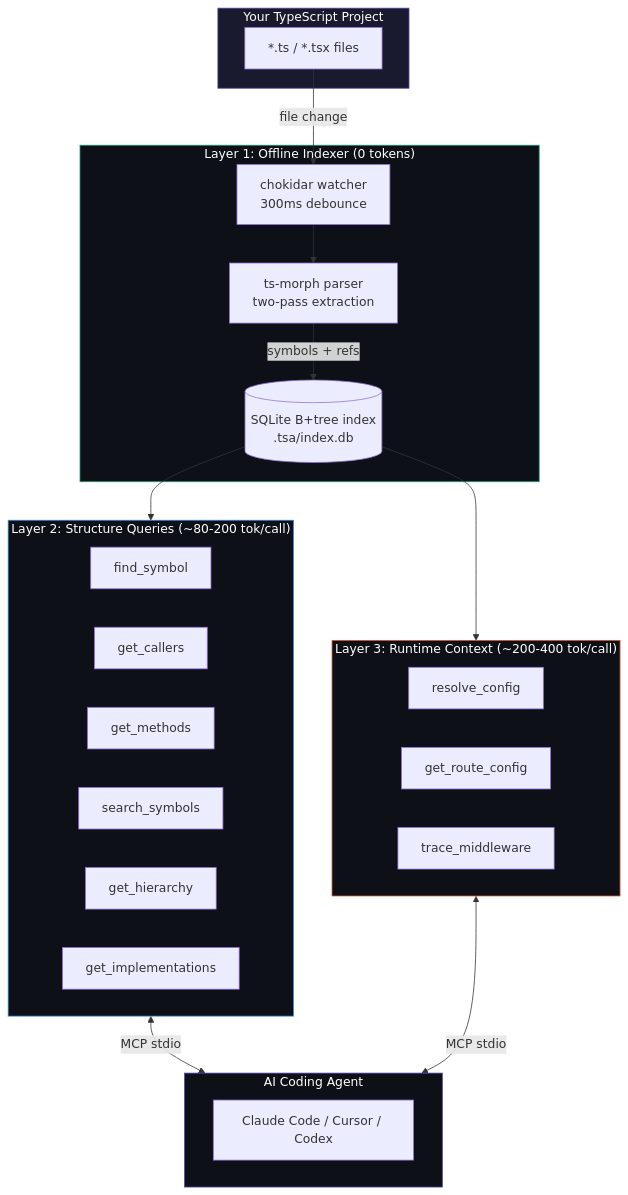
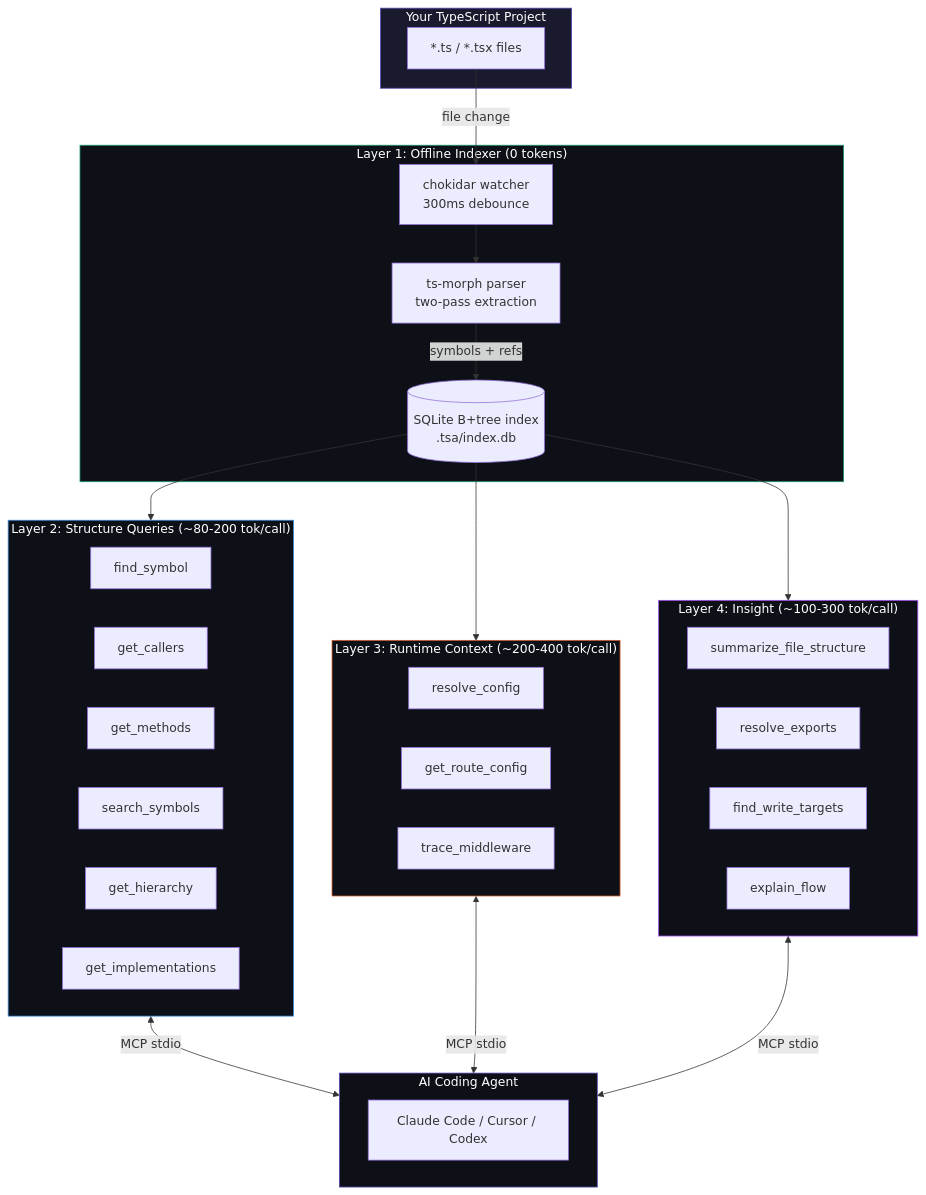
Before and after one commit to DinoQuinten/specter-tree: the first of 4 diagrams in README.md, drawn with Mermaid. The commit also changed other lines of this file and 10 other files, not shown here.

````diff
--- a/README.md
+++ b/README.md
@@ -108,45 +108,55 @@
 ```mermaid
 flowchart TB
     subgraph Project["Your TypeScript Project"]
         FS["*.ts / *.tsx files"]
     end
 
     subgraph Indexer["Layer 1: Offline Indexer (0 tokens)"]
         CK["chokidar watcher\n300ms debounce"]
         PM["ts-morph parser\ntwo-pass extraction"]
         DB[("SQLite B+tree index\n.tsa/index.db")]
     end
 
     subgraph Tools["Layer 2: Structure Queries (~80-200 tok/call)"]
         T1["find_symbol"]
         T2["get_callers"]
         T3["get_methods"]
         T4["search_symbols"]
         T5["get_hierarchy"]
         T6["get_implementations"]
     end
 
     subgraph Runtime["Layer 3: Runtime Context (~200-400 tok/call)"]
         R1["resolve_config"]
         R2["get_route_config"]
         R3["trace_middleware"]
     end
 
+    subgraph Insight["Layer 4: Insight (~100-300 tok/call)"]
+        I1["summarize_file_structure"]
+        I2["resolve_exports"]
+        I3["find_write_targets"]
+        I4["explain_flow"]
+    end
+
     subgraph Agent["AI Coding Agent"]
         CC["Claude Code / Cursor / Codex"]
     end
 
     FS -->|file change| CK
     CK --> PM
     PM -->|symbols + refs| DB
     DB --> Tools
     DB --> Runtime
+    DB --> Insight
     Tools <-->|MCP stdio| Agent
     Runtime <-->|MCP stdio| Agent
+    Insight <-->|MCP stdio| Agent
 
     style Project fill:#1a1a2e,stroke:#534AB7,color:#fff
     style Indexer fill:#0d1117,stroke:#1D9E75,color:#fff
     style Tools fill:#0d1117,stroke:#378ADD,color:#fff
     style Runtime fill:#0d1117,stroke:#D85A30,color:#fff
+    style Insight fill:#0d1117,stroke:#a855f7,color:#fff
     style Agent fill:#0d1117,stroke:#534AB7,color:#fff
 ```
````
